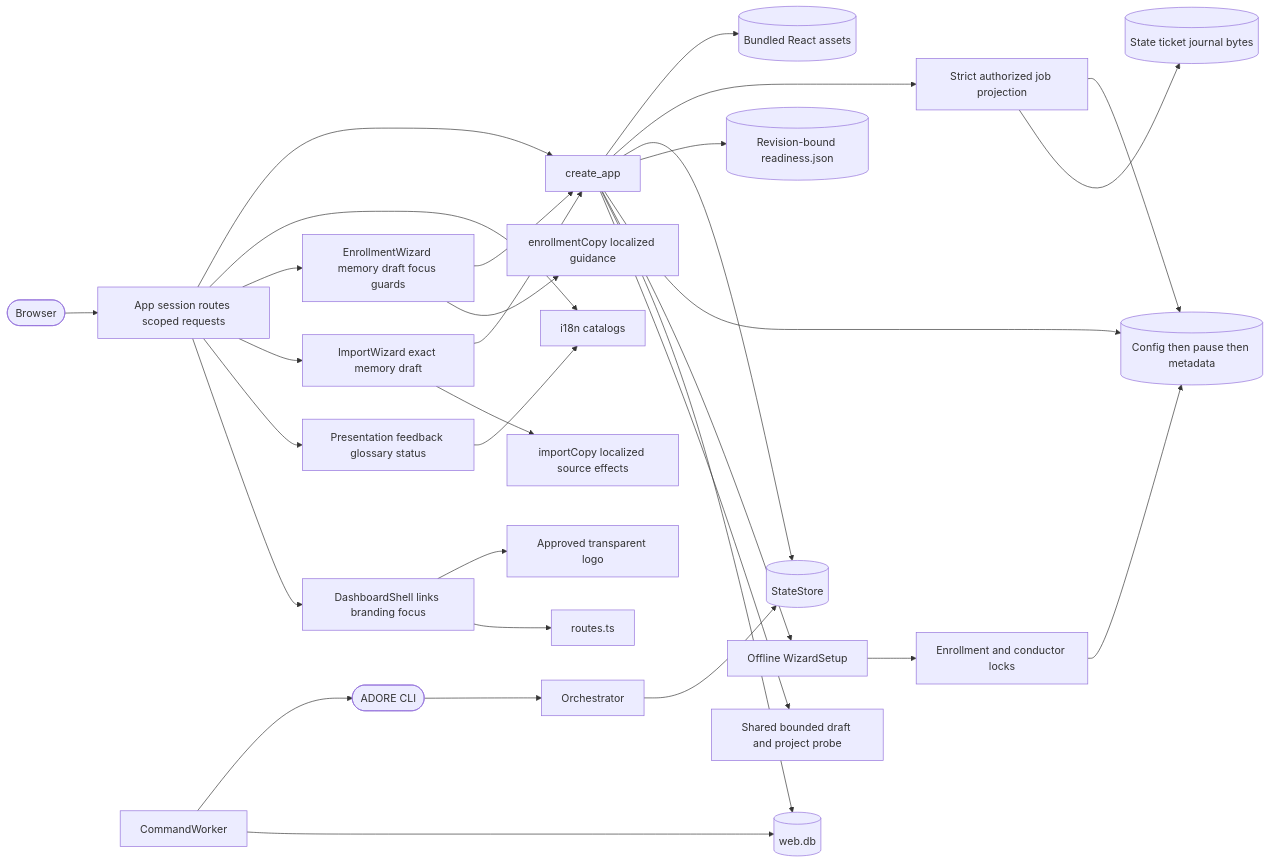
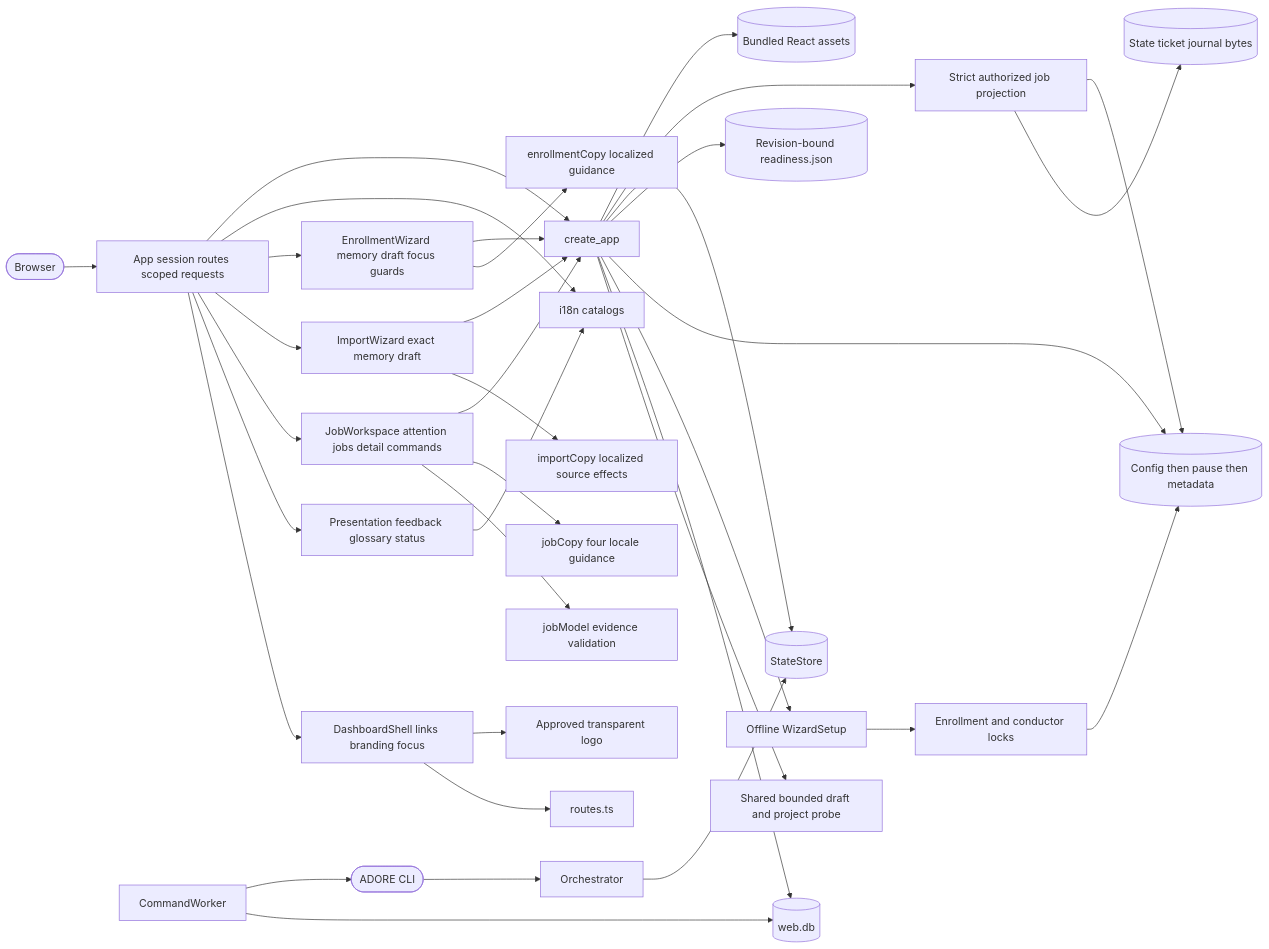
Before and after one commit to DDP-Engineering/AgenticDeliveryOrchestratorRuntimeEngine: the diagram in .agentic/knowledge/web-interface.md, drawn with Mermaid. The commit also changed other lines of this file and 37 other files, not shown here.

````diff
--- a/.agentic/knowledge/web-interface.md
+++ b/.agentic/knowledge/web-interface.md
@@ -330,33 +338,37 @@
 ```mermaid
 flowchart LR
     browser([Browser]) --> App[App session routes scoped requests]
     App --> DashboardShell[DashboardShell links branding focus]
     App --> Presentation[Presentation feedback glossary status]
+    App --> JobWorkspace[JobWorkspace attention jobs detail commands]
+    JobWorkspace --> jobModel[jobModel evidence validation]
+    JobWorkspace --> jobCopy[jobCopy four locale guidance]
+    JobWorkspace --> api
     App --> ImportWizard[ImportWizard exact memory draft]
     ImportWizard --> importCopy[importCopy localized source effects]
     ImportWizard --> api
     App --> EnrollmentWizard[EnrollmentWizard memory draft focus guards]
     EnrollmentWizard --> enrollmentCopy[enrollmentCopy localized guidance]
     EnrollmentWizard --> api
     api --> draftProbe[Shared bounded draft and project probe]
     DashboardShell --> routes[routes.ts]
     DashboardShell --> logo[Approved transparent logo]
     App --> i18n[i18n catalogs]
     Presentation --> i18n
     App --> api[create_app]
     api --> identity[(web.db)]
     api --> preparation[Offline WizardSetup]
     preparation --> publication[Enrollment and conductor locks]
     publication --> profiles[(Config then pause then metadata)]
     api --> profiles
     api --> verification[(Revision-bound readiness.json)]
     api --> state[(StateStore)]
     api --> jobs[Strict authorized job projection]
     jobs --> sources[(State ticket journal bytes)]
     jobs --> profiles
     api --> assets[(Bundled React assets)]
     worker[CommandWorker] --> identity
     worker --> cli([ADORE CLI])
     cli --> conductor[Orchestrator]
     conductor --> state
 ```
````
